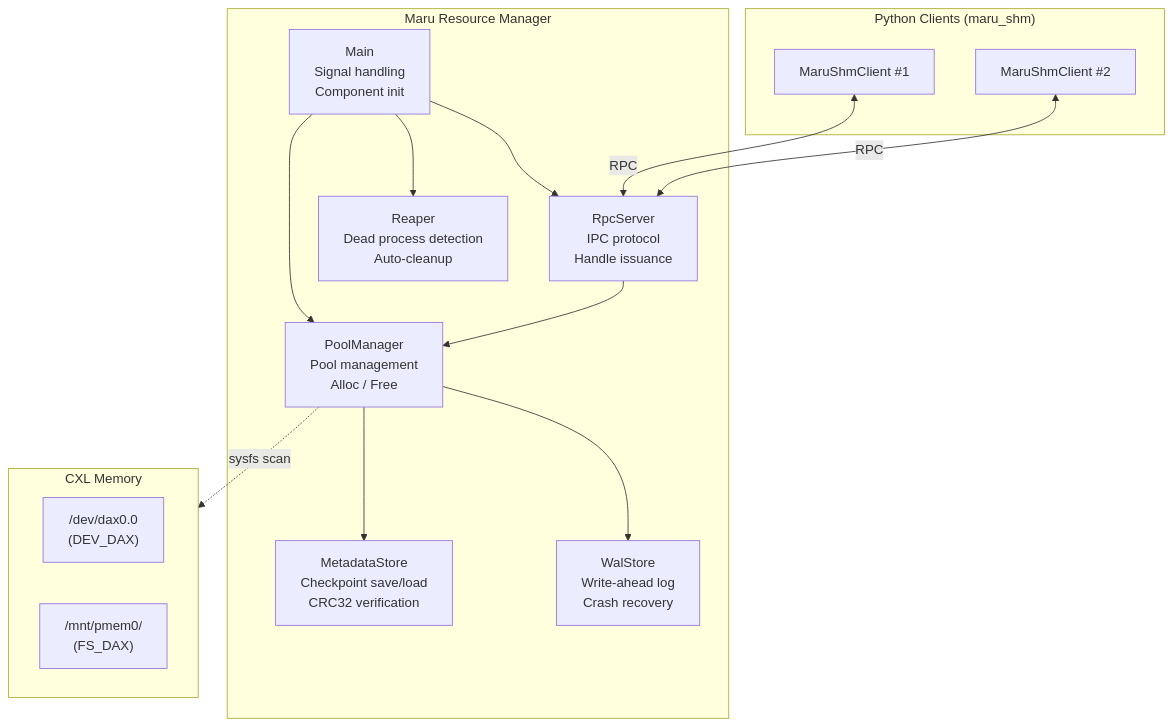
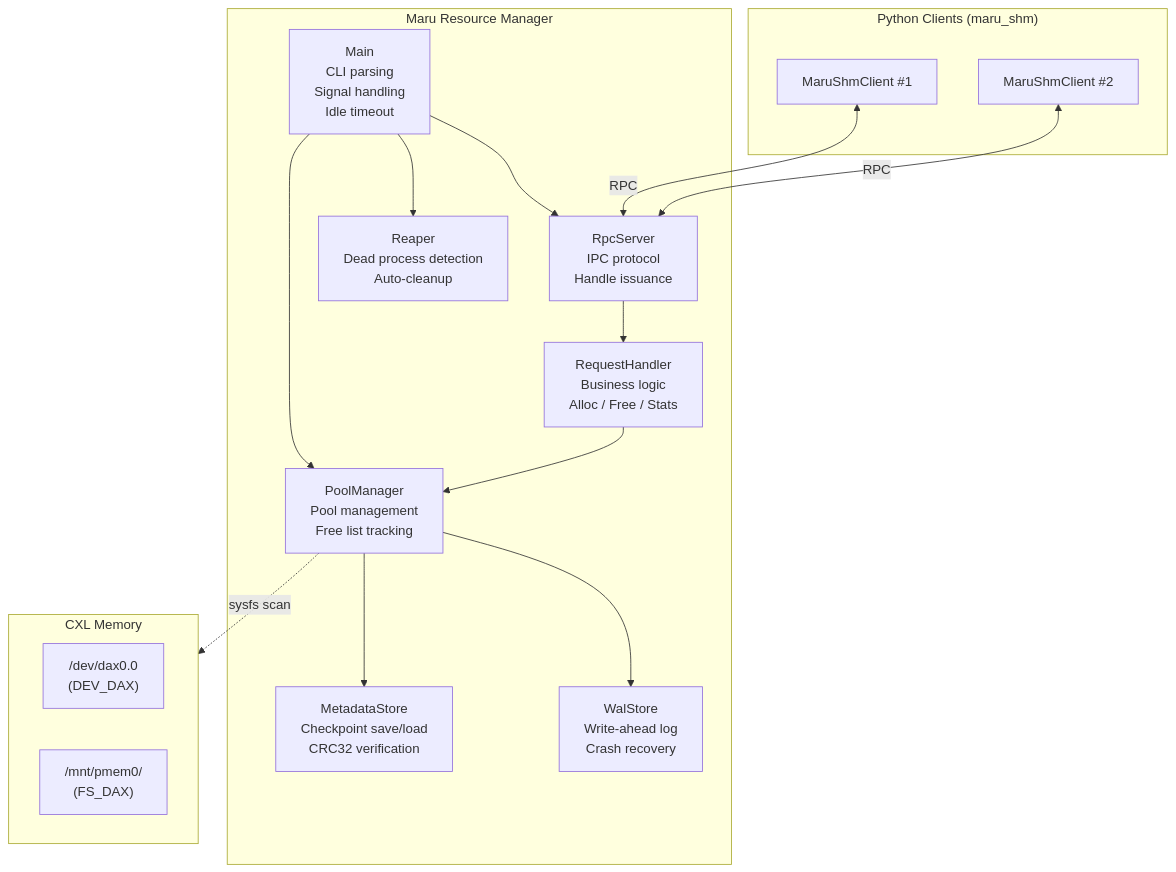
One commit to xcena-dev/maru changed the diagram in docs/source/design_doc/maru_resource_manager.md. Above: the diagram before and after it, drawn with Mermaid. The commit also changed other lines of this file and 3 other files, not shown here.

````diff
--- a/docs/source/design_doc/maru_resource_manager.md
+++ b/docs/source/design_doc/maru_resource_manager.md
@@ -7,33 +7,35 @@
 ```mermaid
 flowchart TB
     subgraph RM["Maru Resource Manager"]
-        Main["Main<br/>Signal handling<br/>Component init"]
-        PM["PoolManager<br/>Pool management<br/>Alloc / Free"]
+        Main["Main<br/>CLI parsing<br/>Signal handling<br/>Idle timeout"]
         RPC["RpcServer<br/>IPC protocol<br/>Handle issuance"]
+        RH["RequestHandler<br/>Business logic<br/>Alloc / Free / Stats"]
+        PM["PoolManager<br/>Pool management<br/>Free list tracking"]
         Reaper["Reaper<br/>Dead process detection<br/>Auto-cleanup"]
         Meta["MetadataStore<br/>Checkpoint save/load<br/>CRC32 verification"]
         WAL["WalStore<br/>Write-ahead log<br/>Crash recovery"]
     end
 
+    Main --> RPC
     Main --> PM
-    Main --> RPC
     Main --> Reaper
+    RPC --> RH
+    RH --> PM
     PM --> Meta
     PM --> WAL
-    RPC --> PM
 
     subgraph Clients["Python Clients (maru_shm)"]
         C1["MaruShmClient #1"]
         C2["MaruShmClient #2"]
     end
 
     C1 <-->|"RPC"| RPC
     C2 <-->|"RPC"| RPC
 
     subgraph Storage["CXL Memory"]
         D1["/dev/dax0.0<br/>(DEV_DAX)"]
         D2["/mnt/pmem0/<br/>(FS_DAX)"]
     end
 
     PM -.->|"sysfs scan"| Storage
 ```
````
